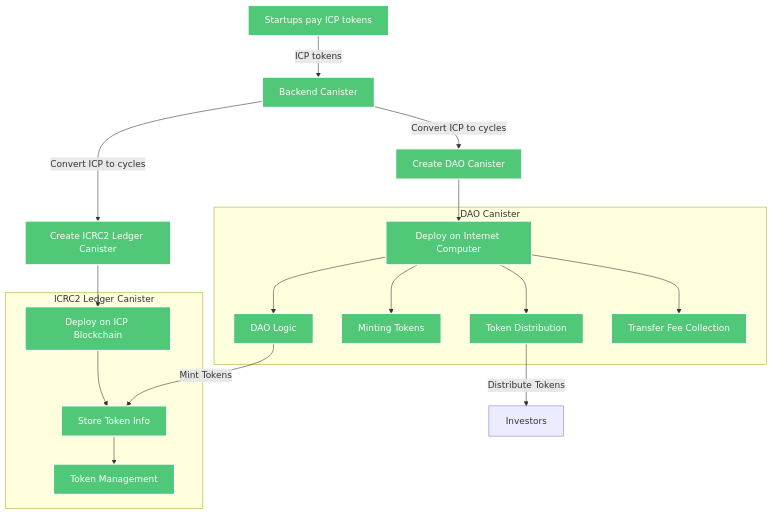
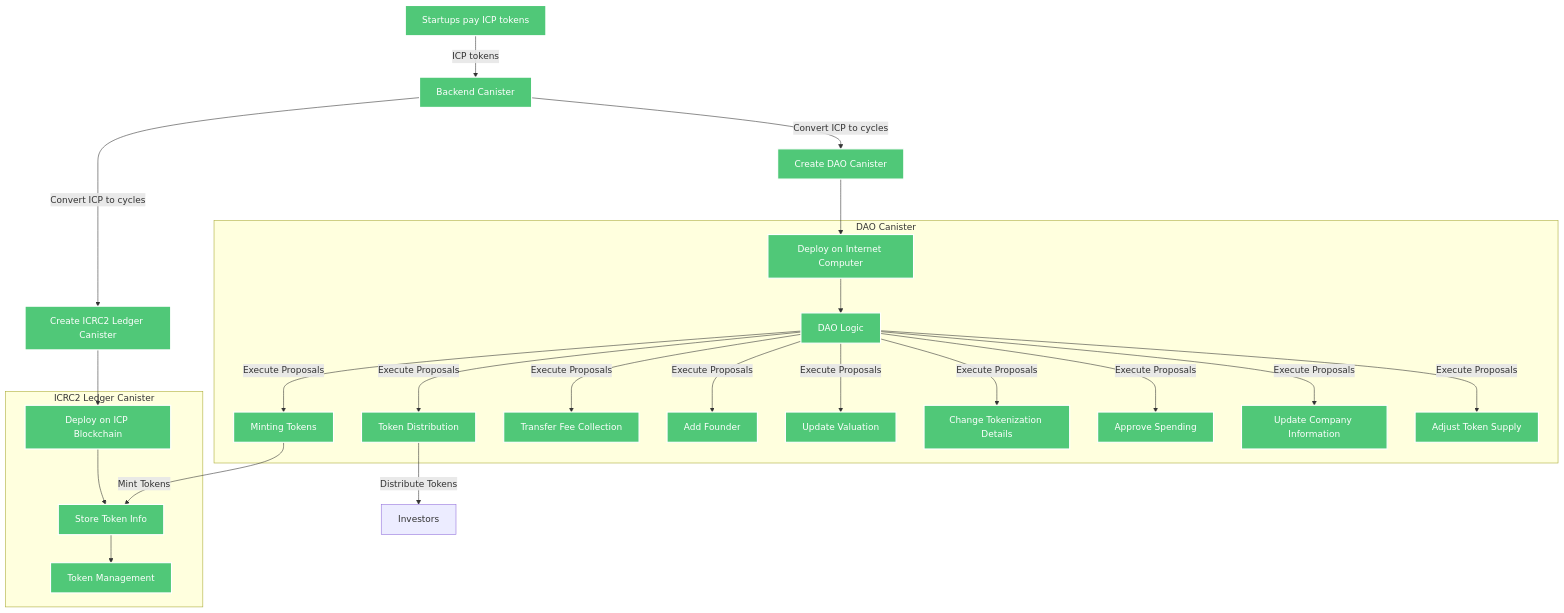
The diagram in WHITEPAPER.md (reorg-icp/Reorg), drawn with Mermaid before and after one commit.

Commit message:
add technical overview

````diff
--- a/WHITEPAPER.md
+++ b/WHITEPAPER.md
@@ -139,41 +139,52 @@
 ```mermaid
 
 graph TD
   A[Startups pay ICP tokens] -->|ICP tokens| B[Backend Canister]
   B -->|Convert ICP to cycles| C[Create DAO Canister]
   B -->|Convert ICP to cycles| D[Create ICRC2 Ledger Canister]
 
   subgraph "DAO Canister"
     E[Deploy on Internet Computer]
     E --> F[DAO Logic]
-    E --> G[Minting Tokens]
-    E --> H[Token Distribution]
-    E --> I[Transfer Fee Collection]
+    F -->|Execute Proposals| G[Minting Tokens]
+    F -->|Execute Proposals| H[Token Distribution]
+    F -->|Execute Proposals| I[Transfer Fee Collection]
+    F -->|Execute Proposals| M[Add Founder]
+    F -->|Execute Proposals| N[Update Valuation]
+    F -->|Execute Proposals| O[Change Tokenization Details]
+    F -->|Execute Proposals| P[Approve Spending]
+    F -->|Execute Proposals| Q[Update Company Information]
+    F -->|Execute Proposals| R[Adjust Token Supply]
   end
 
   subgraph "ICRC2 Ledger Canister"
     J[Deploy on ICP Blockchain]
     J --> K[Store Token Info]
     K --> L[Token Management]
   end
 
   C --> E
   D --> J
 
-  F -->|Mint Tokens| K
+  G -->|Mint Tokens| K
   H -->|Distribute Tokens| Investors
 
   style A fill:#50C878,stroke:#fff,stroke-width:2px,color:#fff
   style B fill:#50C878,stroke:#fff,stroke-width:2px,color:#fff
   style C fill:#50C878,stroke:#fff,stroke-width:2px,color:#fff
   style D fill:#50C878,stroke:#fff,stroke-width:2px,color:#fff
   style E fill:#50C878,stroke:#fff,stroke-width:2px,color:#fff
   style J fill:#50C878,stroke:#fff,stroke-width:2px,color:#fff
   style F fill:#50C878,stroke:#fff,stroke-width:2px,color:#fff
   style G fill:#50C878,stroke:#fff,stroke-width:2px,color:#fff
   style H fill:#50C878,stroke:#fff,stroke-width:2px,color:#fff
   style I fill:#50C878,stroke:#fff,stroke-width:2px,color:#fff
   style K fill:#50C878,stroke:#fff,stroke-width:2px,color:#fff
   style L fill:#50C878,stroke:#fff,stroke-width:2px,color:#fff
-
+  style M fill:#50C878,stroke:#fff,stroke-width:2px,color:#fff
+  style N fill:#50C878,stroke:#fff,stroke-width:2px,color:#fff
+  style O fill:#50C878,stroke:#fff,stroke-width:2px,color:#fff
+  style P fill:#50C878,stroke:#fff,stroke-width:2px,color:#fff
+  style Q fill:#50C878,stroke:#fff,stroke-width:2px,color:#fff
+  style R fill:#50C878,stroke:#fff,stroke-width:2px,color:#fff
 ```
````
